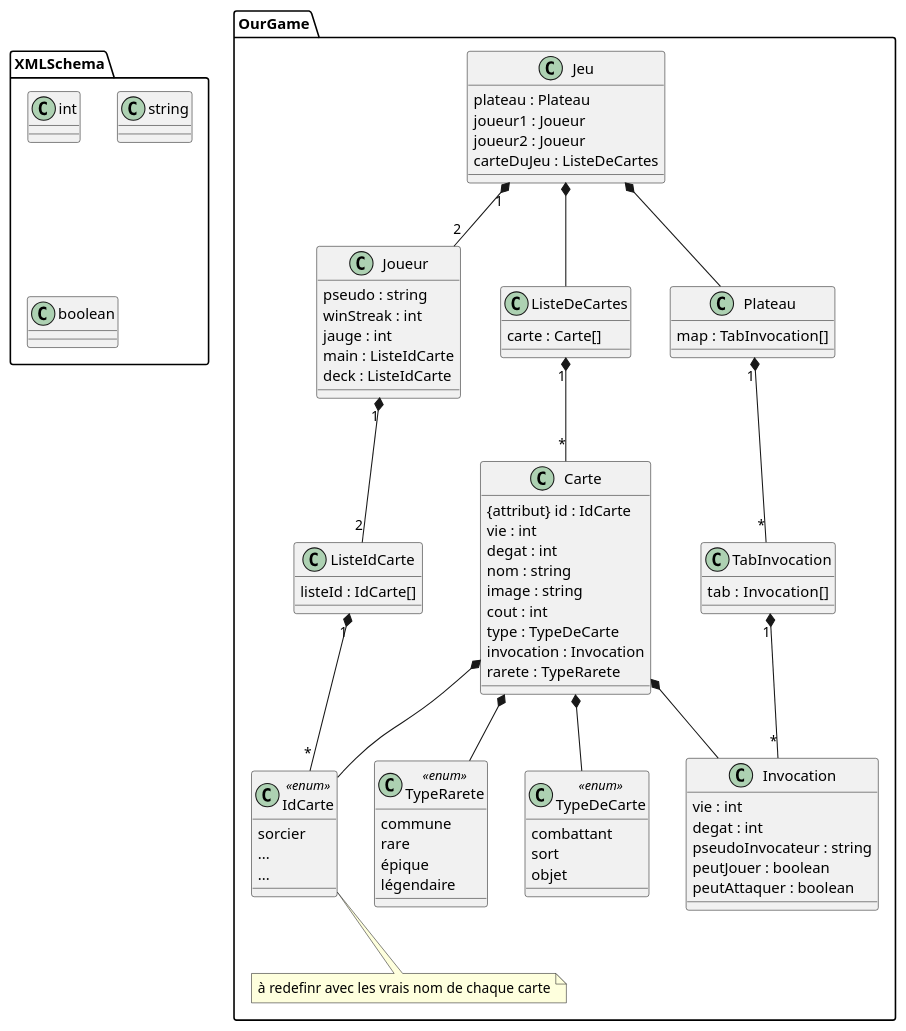
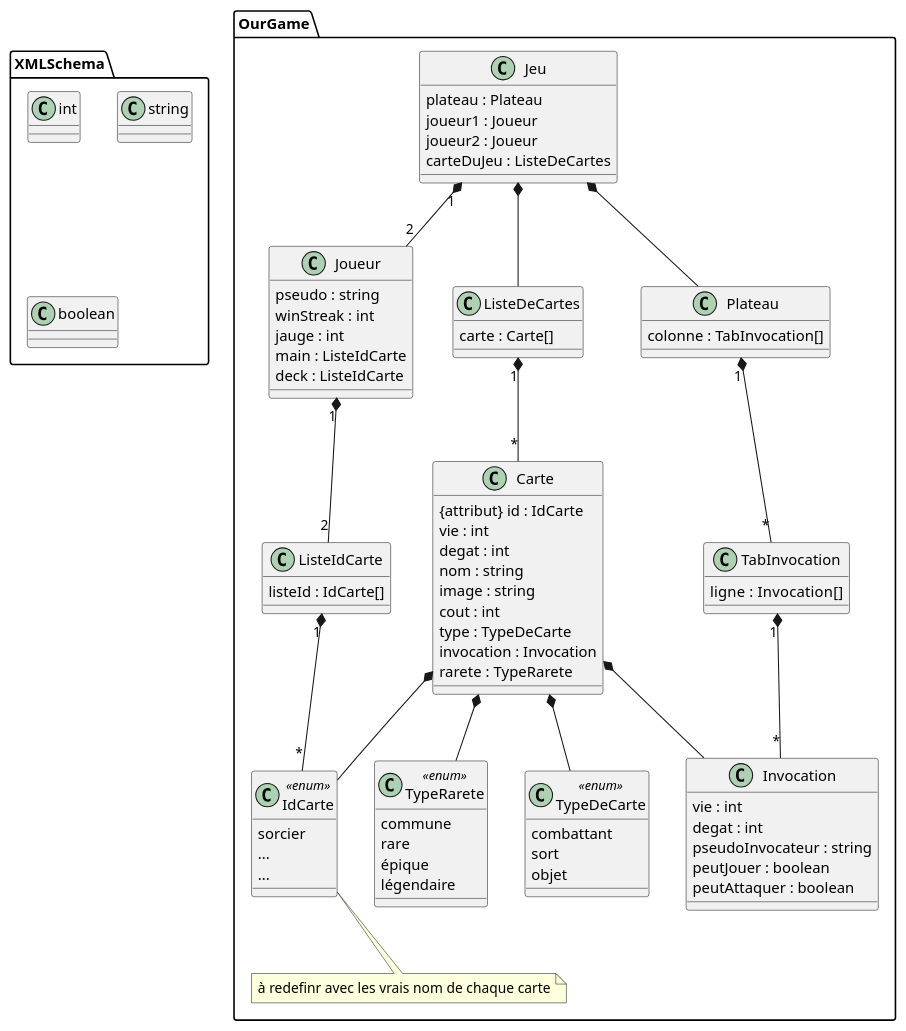
The diagram in UML/DiagrammeXML.puml (TennesseeAlves/CatRoyale), drawn with PlantUML before and after one commit. The commit also changed 1 other file, not shown here.

Commit message:
modif (modifica) : xsd et uml (Partie xml)

```diff
--- a/UML/DiagrammeXML.puml
+++ b/UML/DiagrammeXML.puml
@@ -2,102 +2,102 @@
 @startuml
 'https://plantuml.com/class-diagram
 
 package XMLSchema {
     class int{}
     class string{}
     class boolean{}
 }
 
 package OurGame{
     
     class Jeu{
         plateau : Plateau
         joueur1 : Joueur
         joueur2 : Joueur
         carteDuJeu : ListeDeCartes
     }
     
     class Plateau { 
-        map : TabInvocation[]
+        colonne : TabInvocation[]
     }
     
     class TabInvocation {
-        tab :  Invocation[]
+        ligne :  Invocation[]
     }
     
     
     class Joueur {
         pseudo : string
         winStreak : int
         jauge : int
         main : ListeIdCarte
         deck : ListeIdCarte
     }
     
     class ListeDeCartes {
         carte : Carte[]
     }
     
     class Carte {
         {attribut} id : IdCarte
         vie : int
         degat : int
         nom : string
         image : string 
         cout : int
         type : TypeDeCarte
         invocation : Invocation
         rarete : TypeRarete
         
     }
     
     class IdCarte <<enum>> {
         sorcier 
         ...
         ...
     }
     
     class ListeIdCarte  {
         listeId : IdCarte[] 
     }
     
     
     class TypeDeCarte <<enum>> {
         combattant
         sort
         objet
     }
     
     class TypeRarete <<enum>> {
         commune
         rare
         épique
         légendaire
     }
     
     class Invocation {
         vie : int
         degat : int
         pseudoInvocateur : string
         peutJouer : boolean
         peutAttaquer : boolean
     }
     
     
     Jeu *-- Plateau
     Jeu "1"*--"2" Joueur
     Jeu *-- ListeDeCartes
     TabInvocation "1"*--"*" Invocation
     Joueur "1"*--"2" ListeIdCarte
     ListeDeCartes "1"*--"*" Carte
     Carte *-- TypeDeCarte
     Carte *-- Invocation
     Carte *-- TypeRarete
     Carte *-- IdCarte
     ListeIdCarte "1" *-- "*" IdCarte
     Plateau "1"*--"*" TabInvocation 
     
     
     note bottom of IdCarte : à redefinr avec les vrais nom de chaque carte
 }
 @enduml
```
